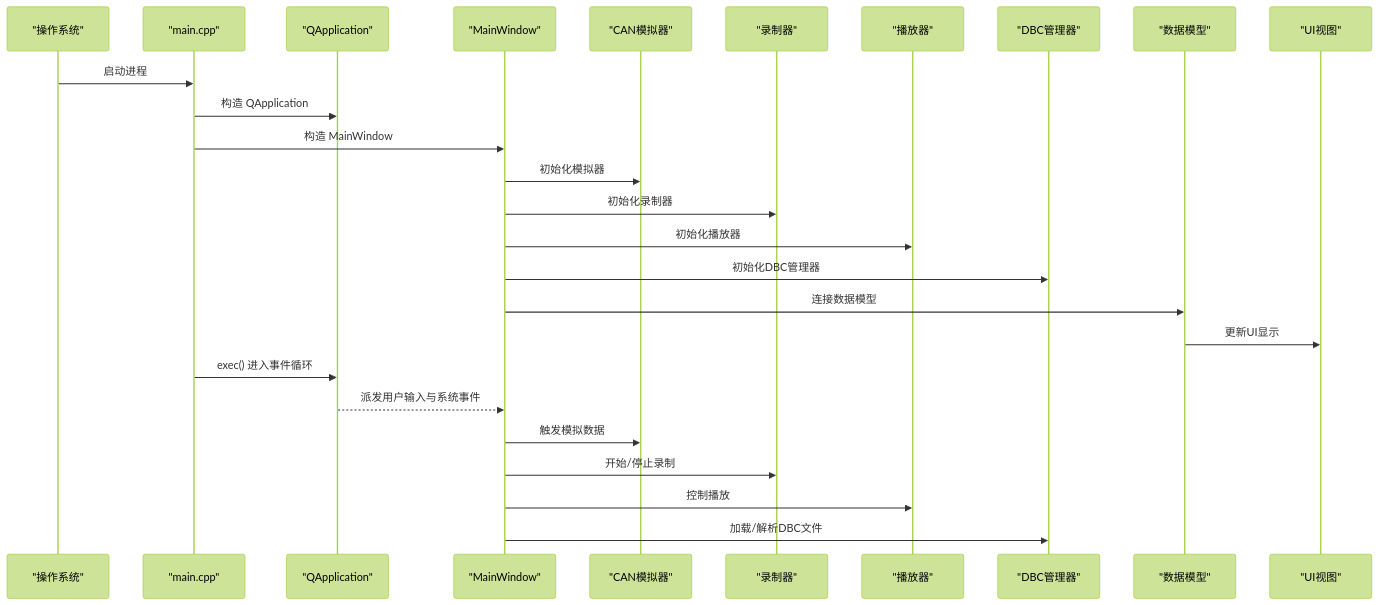
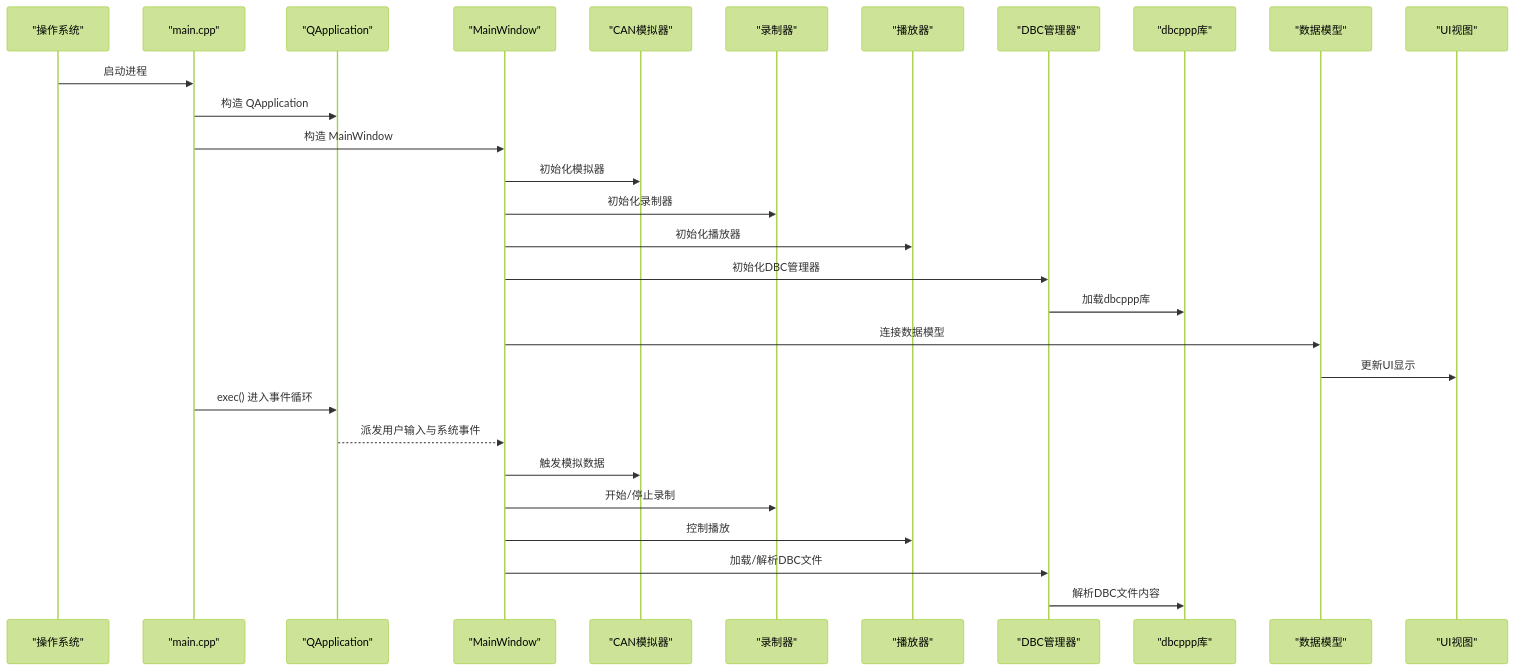
One commit to jakecai1225-design/OpenBus changed the second of 6 diagrams in .qoder/repowiki/zh/content/核心模块详解/核心模块详解.md. Above: the diagram before and after it, drawn with Mermaid (forest theme). The commit also changed other lines of this file and 16 other files, not shown here.

````diff
--- a/.qoder/repowiki/zh/content/核心模块详解/核心模块详解.md
+++ b/.qoder/repowiki/zh/content/核心模块详解/核心模块详解.md
@@ -162,28 +164,31 @@
 ```mermaid
 sequenceDiagram
 participant OS as "操作系统"
 participant Main as "main.cpp"
 participant App as "QApplication"
 participant Win as "MainWindow"
 participant Sim as "CAN模拟器"
 participant Rec as "录制器"
 participant Play as "播放器"
 participant DBC as "DBC管理器"
+participant DBCPP as "dbcppp库"
 participant Model as "数据模型"
 participant View as "UI视图"
 OS->>Main : 启动进程
 Main->>App : 构造 QApplication
 Main->>Win : 构造 MainWindow
 Win->>Sim : 初始化模拟器
 Win->>Rec : 初始化录制器
 Win->>Play : 初始化播放器
 Win->>DBC : 初始化DBC管理器
+DBC->>DBCPP : 加载dbcppp库
 Win->>Model : 连接数据模型
 Model->>View : 更新UI显示
 Main->>App : exec() 进入事件循环
 App-->>Win : 派发用户输入与系统事件
 Win->>Sim : 触发模拟数据
 Win->>Rec : 开始/停止录制
 Win->>Play : 控制播放
 Win->>DBC : 加载/解析DBC文件
+DBC->>DBCPP : 解析DBC文件内容
 ```
````
